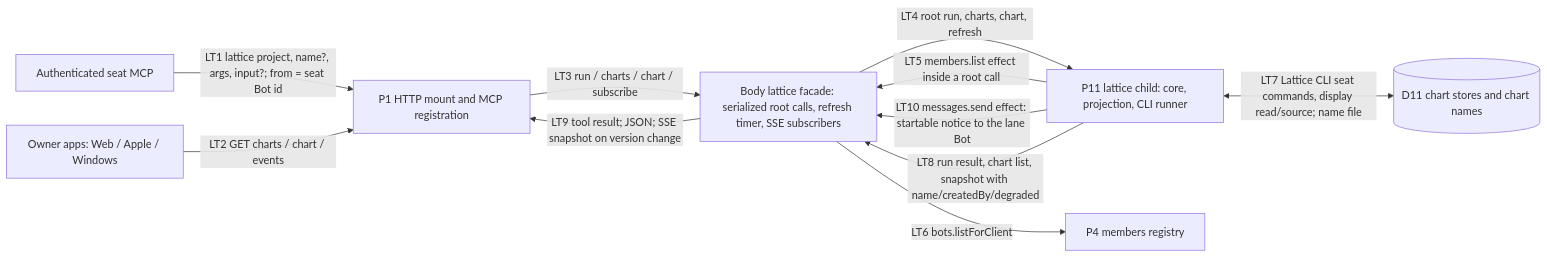
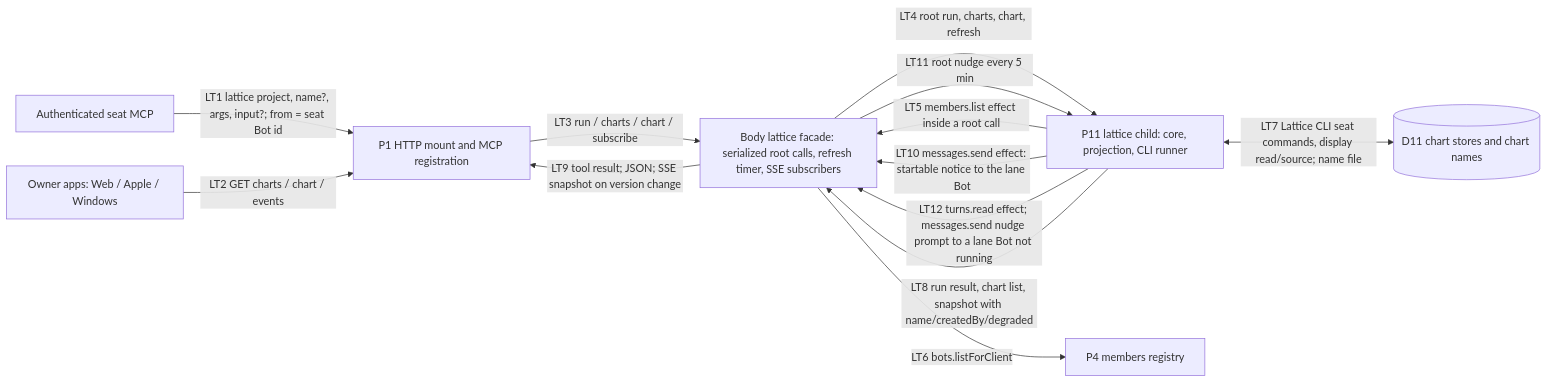
The third of 6 diagrams in docs/architecture/data-flow.md (kitepon/BellTeam), drawn with Mermaid before and after one commit. The commit also changed other lines of this file and 10 other files, not shown here.

First line of the commit message:
lattice: nudge sweep every 5 minutes (todo nudge -> prompts to lane Bots not running)

````diff
--- a/docs/architecture/data-flow.md
+++ b/docs/architecture/data-flow.md
@@ -114,20 +114,22 @@
 ```mermaid
 flowchart LR
   Seat[Authenticated seat MCP]
   Apps[Owner apps: Web / Apple / Windows]
   P1[P1 HTTP mount and MCP registration]
   F[Body lattice facade: serialized root calls, refresh timer, SSE subscribers]
   C[P11 lattice child: core, projection, CLI runner]
   P4[P4 members registry]
   D11[(D11 chart stores and chart names)]
   Seat -->|LT1 lattice project, name?, args, input?; from = seat Bot id| P1
   Apps -->|LT2 GET charts / chart / events| P1
   P1 -->|LT3 run / charts / chart / subscribe| F
   F -->|LT4 root run, charts, chart, refresh| C
   C -->|LT5 members.list effect inside a root call| F
   C -->|LT10 messages.send effect: startable notice to the lane Bot| F
+  F -->|LT11 root nudge every 5 min| C
+  C -->|LT12 turns.read effect; messages.send nudge prompt to a lane Bot not running| F
   F -->|LT6 bots.listForClient| P4
   C <-->|LT7 Lattice CLI seat commands, display read/source; name file| D11
   C -->|LT8 run result, chart list, snapshot with name/createdBy/degraded| F
   F -->|LT9 tool result; JSON; SSE snapshot on version change| P1
 ```
````
